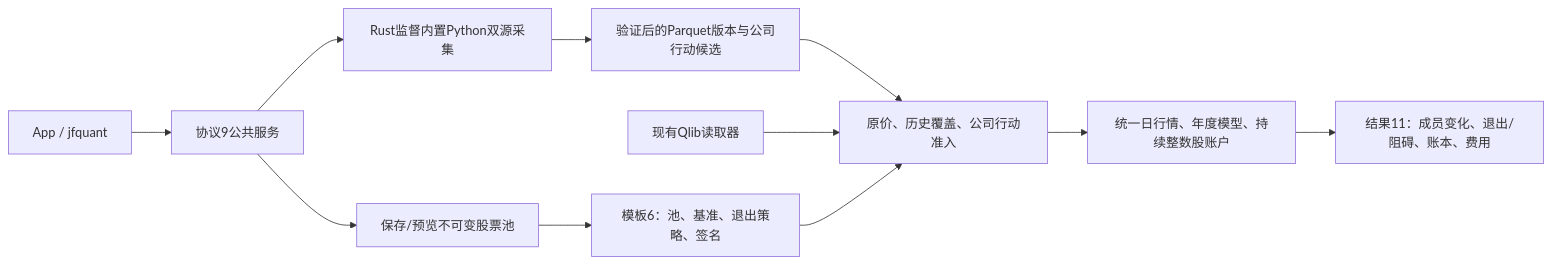
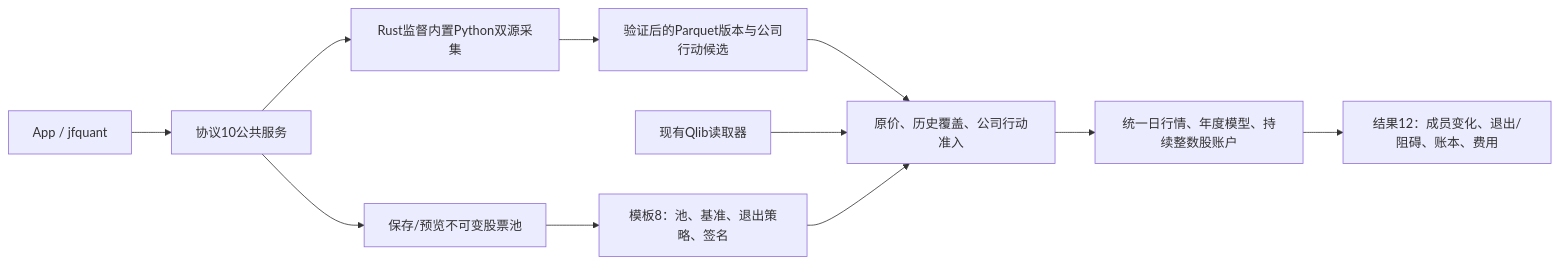
One commit to Dennishaha/JFQuant changed the second of 4 diagrams in crates/app/src/README.md. Above: the diagram before and after it, drawn with Mermaid. The commit also changed other lines of this file and 77 other files, not shown here.

````diff
--- a/crates/app/src/README.md
+++ b/crates/app/src/README.md
@@ -67,13 +67,13 @@
 ```mermaid
 flowchart LR
-  CLIENT["App / jfquant"] --> SERVICE["协议9公共服务"]
+  CLIENT["App / jfquant"] --> SERVICE["协议10公共服务"]
   SERVICE --> POOL["保存/预览不可变股票池"]
   SERVICE --> COLLECT["Rust监督内置Python双源采集"]
   COLLECT --> SNAPSHOT["验证后的Parquet版本与公司行动候选"]
-  POOL --> FREEZE["模板6：池、基准、退出策略、签名"]
+  POOL --> FREEZE["模板8：池、基准、退出策略、签名"]
   SNAPSHOT --> READY["原价、历史覆盖、公司行动准入"]
   QLIB["现有Qlib读取器"] --> READY
   FREEZE --> READY
   READY --> RESEARCH["统一日行情、年度模型、持续整数股账户"]
-  RESEARCH --> RESULT["结果11：成员变化、退出/阻碍、账本、费用"]
+  RESEARCH --> RESULT["结果12：成员变化、退出/阻碍、账本、费用"]
 ```
````
